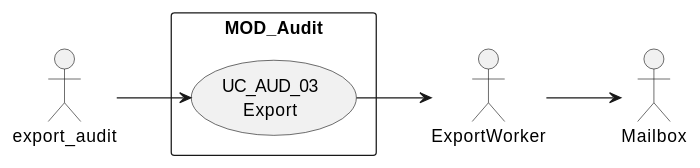
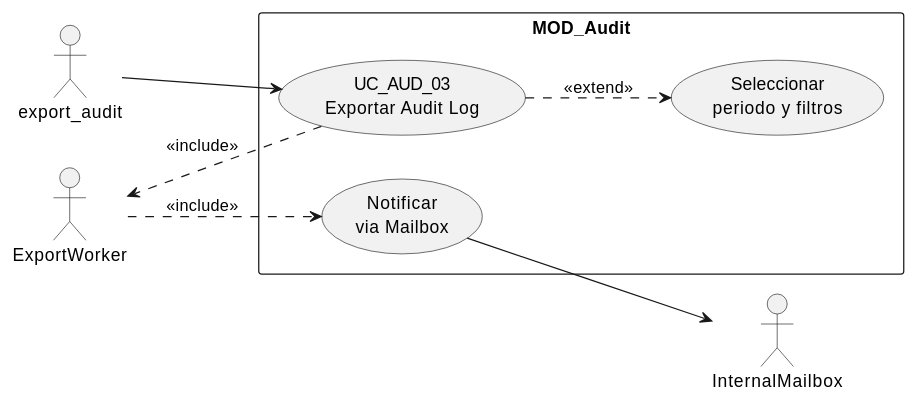
One commit to jcg-admin/IACT-docs changed the first of 4 diagrams in source/requisitos/casos-uso/audit/uc-aud-03/diagramas-uml.rst. Above: the diagram before and after it, drawn with PlantUML. The commit also changed other lines of this file and 5 other files, not shown here.

First line of the commit message:
Complete UC diagram coverage and fix final actor names

```diff
--- a/source/requisitos/casos-uso/audit/uc-aud-03/diagramas-uml.rst
+++ b/source/requisitos/casos-uso/audit/uc-aud-03/diagramas-uml.rst
@@ -10,14 +10,18 @@
 .. uml::
 
  @startuml
  left to right direction
  actor "export_audit" as USR
  actor "ExportWorker" as EW
- actor "Mailbox" as MB
+ actor "InternalMailbox" as MB
  rectangle "MOD_Audit" {
-   usecase "UC_AUD_03\nExport" as UC03
+   usecase "UC_AUD_03\nExportar Audit Log" as UC03
+   usecase "Seleccionar\nperiodo y filtros" as SEL
+   usecase "Notificar\nvia Mailbox" as NOT
  }
  USR --> UC03
- UC03 --> EW
- EW --> MB
+ UC03 ..> SEL : <<extend>>
+ UC03 ..> EW : <<include>>
+ EW ..> NOT : <<include>>
+ NOT --> MB
  @enduml
```
